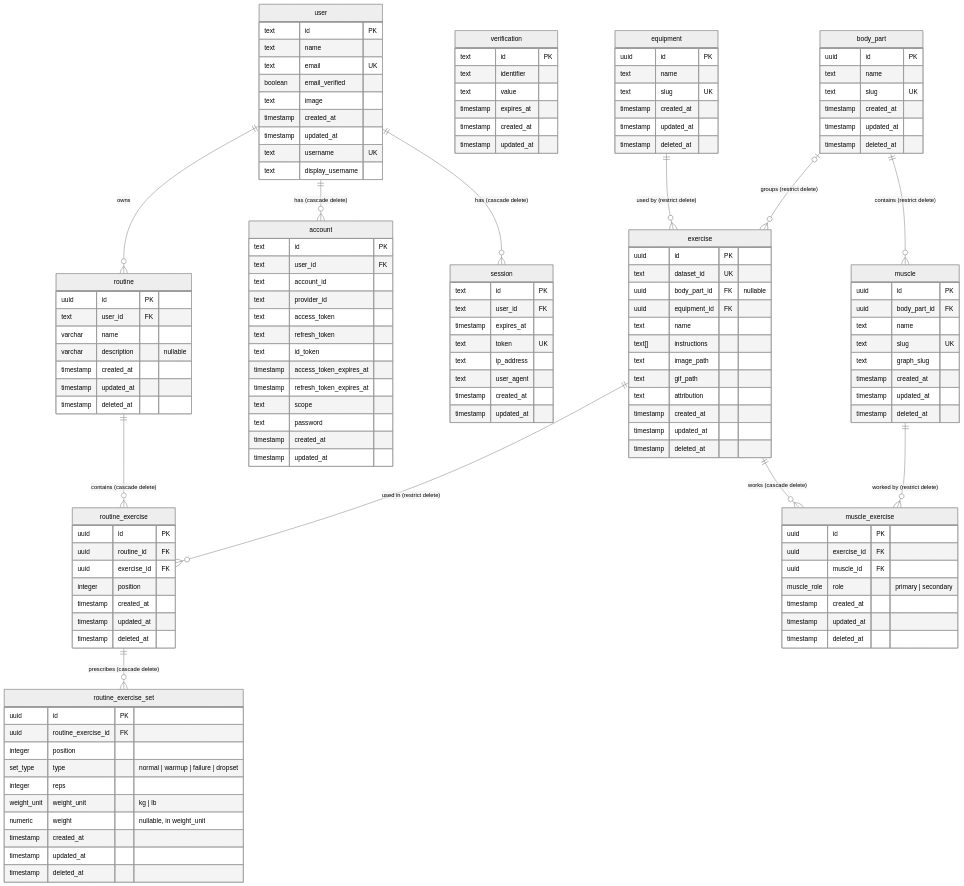
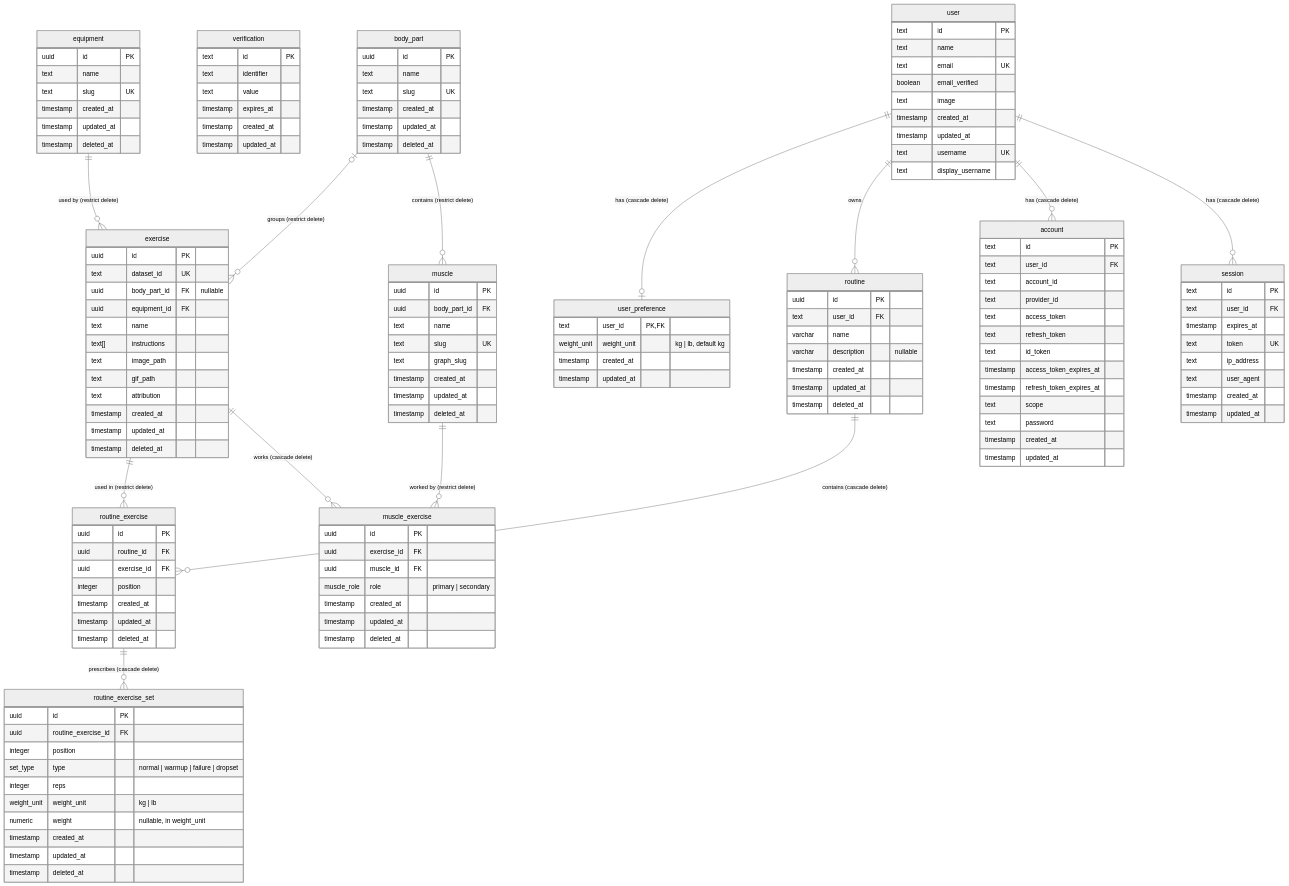
Before and after one commit to fredrikj31/overload: the diagram in docs/database.md, drawn with Mermaid (neutral theme). The commit also changed other lines of this file, not shown here.

Commit message:
docs(database): adds user preferences table to database diagram

```diff
--- a/docs/database.md
+++ b/docs/database.md
@@ -139,9 +139,17 @@
         timestamp deleted_at
     }
 
+    user_preference {
+        text user_id PK, FK
+        weight_unit weight_unit "kg | lb, default kg"
+        timestamp created_at
+        timestamp updated_at
+    }
+
     user ||--o{ session : "has (cascade delete)"
     user ||--o{ account : "has (cascade delete)"
     user ||--o{ routine : "owns"
+    user ||--o| user_preference : "has (cascade delete)"
     body_part ||--o{ muscle : "contains (restrict delete)"
     body_part |o--o{ exercise : "groups (restrict delete)"
     equipment ||--o{ exercise : "used by (restrict delete)"
```
